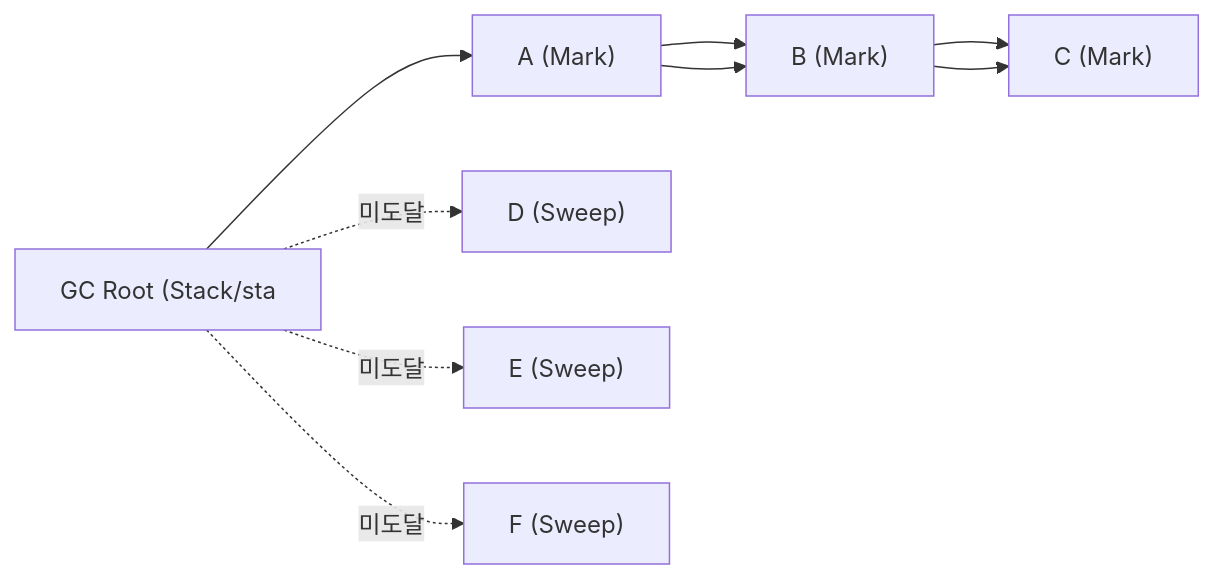
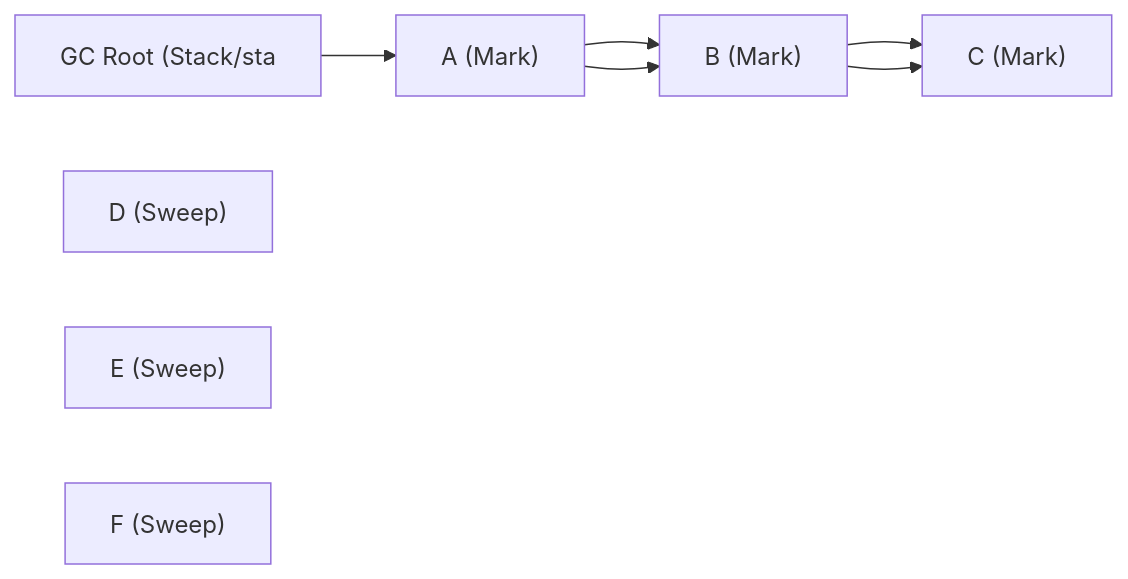
Before and after one commit to yjkim2015/yjkim2015.github.io: the third of 29 diagrams in _posts/java/2026-05-01-java-garbage-collector.md, drawn with Mermaid. The commit also changed other lines of this file and 149 other files, not shown here.

First line of the commit message:
Mermaid 가독성 개선: 라벨 축약, 노드 축소, TD→LR 변환

````diff
--- a/_posts/java/2026-05-01-java-garbage-collector.md
+++ b/_posts/java/2026-05-01-java-garbage-collector.md
@@ -79,7 +79,6 @@
 ```mermaid
 graph LR
     ROOT["GC Root (Stack/sta"] --> A --> B --> C
-    ROOT -.미도달.-> D & E & F
     A["A (Mark)"] --> B["B (Mark)"] --> C["C (Mark)"]
     D["D (Sweep)"] & E["E (Sweep)"] & F["F (Sweep)"]
 ```
````
